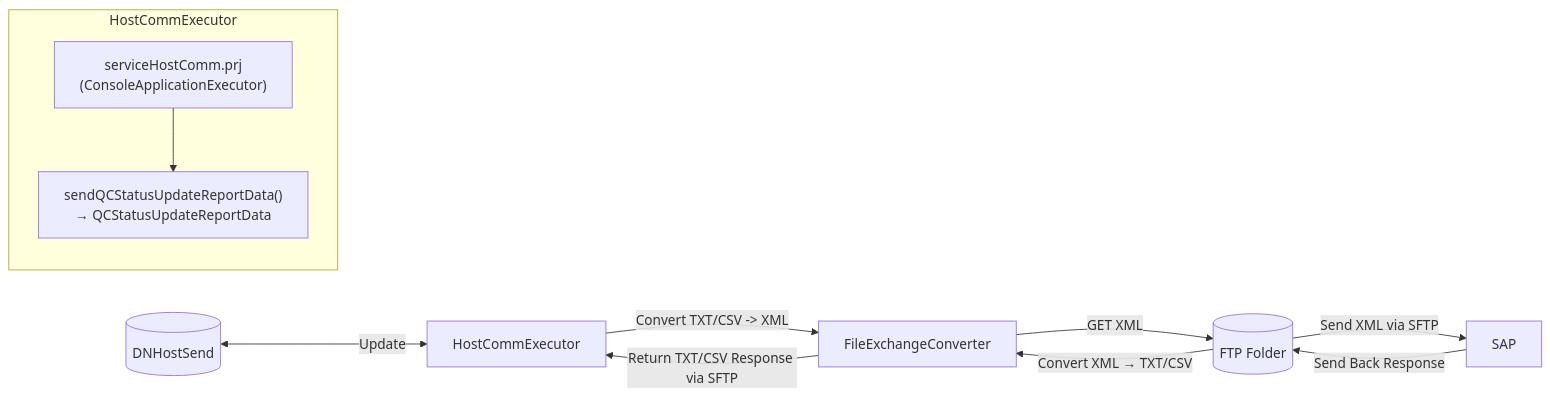
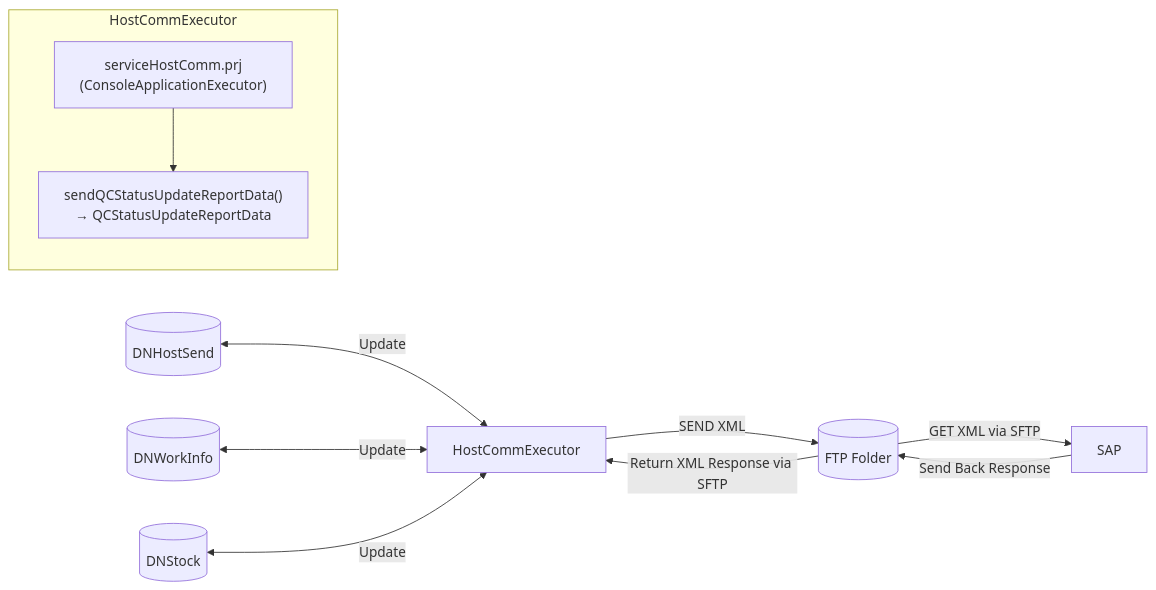
Before and after one commit to luthfiadityaa/SimeDarby-Wiki: the diagram in Basic-Design/Host-Interfaces/Send-Method/QC-Status-Update-Result.md, drawn with Mermaid. The commit also changed other lines of this file, not shown here.

Commit message:
Updated QC Status Update Result

```diff
--- a/Basic-Design/Host-Interfaces/Send-Method/QC-Status-Update-Result.md
+++ b/Basic-Design/Host-Interfaces/Send-Method/QC-Status-Update-Result.md
@@ -11,16 +11,16 @@
 ::: mermaid
 flowchart LR
-    A[HostCommExecutor] -->|Convert TXT/CSV -> XML| B[FileExchangeConverter]
-    B -->|GET XML| C[(FTP Folder)]
-    C -->|Send XML via SFTP| D[SAP]
+    A[HostCommExecutor] --> |SEND XML| C[(FTP Folder)]
+    C -->|GET XML via SFTP| D[SAP]
     D -->|Send Back Response| C
-    C -->|Convert XML → TXT/CSV| B
-    B -->|Return TXT/CSV Response via SFTP| A
+    C -->|Return XML Response via SFTP| A
     F[(DNHostSend)] <--> |Update| A
+    G[(DNWorkInfo)] <--> |Update| A
+    H[(DNStock)] <--> |Update| A
 
-     subgraph HostCommExecutor
+    subgraph HostCommExecutor
         C1["serviceHostComm.prj<br>(ConsoleApplicationExecutor)"]
         C2["sendQCStatusUpdateReportData()<br>→ QCStatusUpdateReportData"]
         C1 --> C2
     end
 :::
```
